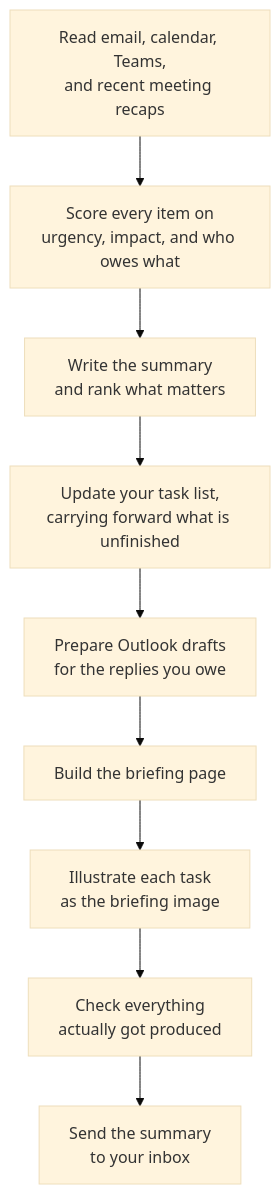
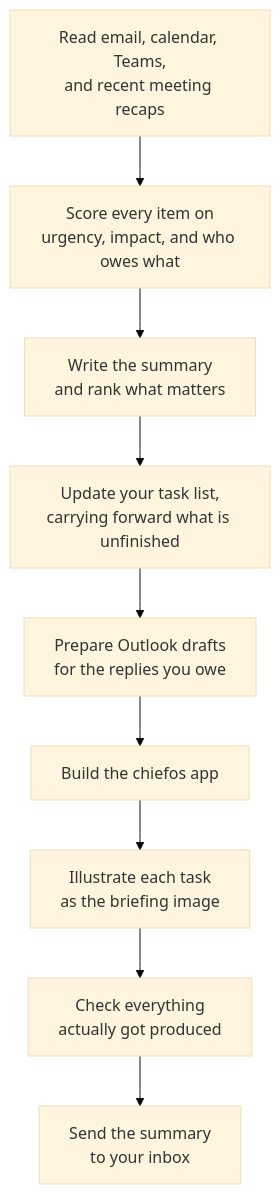
The diagram in README.md (thivy/chiefos), drawn with Mermaid (base theme) before and after one commit. The commit also changed other lines of this file and 21 other files, not shown here.

````diff
--- a/README.md
+++ b/README.md
@@ -72,11 +72,11 @@
 ```mermaid
 flowchart TD
   A["Read email, calendar, Teams,<br/>and recent meeting recaps"] --> B["Score every item on<br/>urgency, impact, and who owes what"]
     B --> C["Write the summary<br/>and rank what matters"]
     C --> D["Update your task list,<br/>carrying forward what is unfinished"]
     D --> E["Prepare Outlook drafts<br/>for the replies you owe"]
-    E --> F["Build the briefing page"]
+    E --> F["Build the chiefos app"]
     F --> G["Illustrate each task<br/>as the briefing image"]
     G --> H["Check everything<br/>actually got produced"]
     H --> I["Send the summary<br/>to your inbox"]
 ```
````
